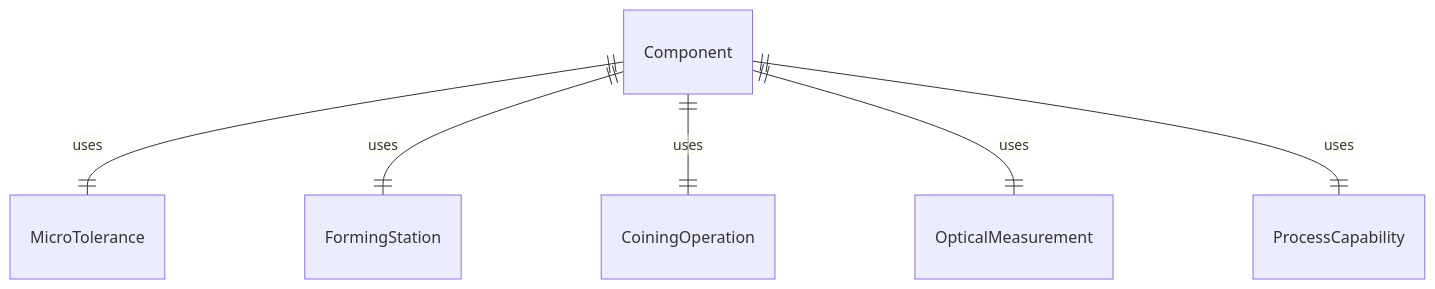
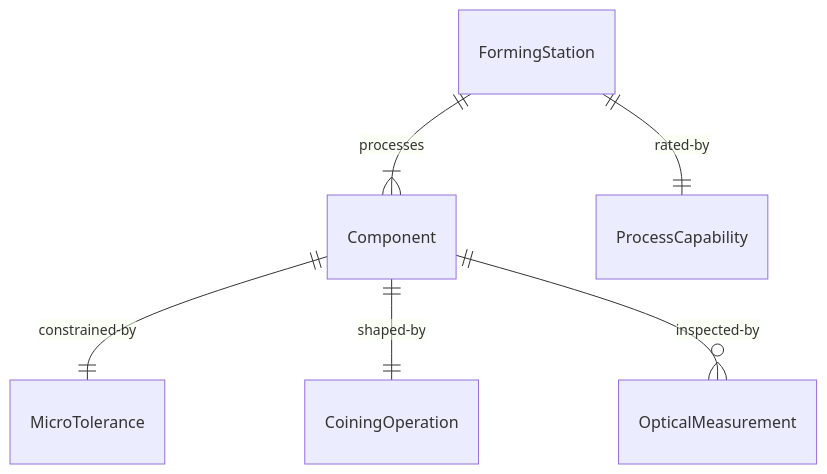
One commit to dot-org-ai/tasks.org.ai changed the first of 4 diagrams in HandlingAndMovingObjects/ShapeMaterialsToCreateProducts/ReshapeSmallMetalComponentsPrecision.mdx. Above: the diagram before and after it, drawn with Mermaid. The commit also changed other lines of this file and 515 other files, not shown here.

````diff
--- a/HandlingAndMovingObjects/ShapeMaterialsToCreateProducts/ReshapeSmallMetalComponentsPrecision.mdx
+++ b/HandlingAndMovingObjects/ShapeMaterialsToCreateProducts/ReshapeSmallMetalComponentsPrecision.mdx
@@ -88,8 +88,8 @@
 ```mermaid
 erDiagram
-    Component ||--|| MicroTolerance : "uses"
-    Component ||--|| FormingStation : "uses"
-    Component ||--|| CoiningOperation : "uses"
-    Component ||--|| OpticalMeasurement : "uses"
-    Component ||--|| ProcessCapability : "uses"
+    Component ||--|| MicroTolerance : "constrained-by"
+    FormingStation ||--|{ Component : "processes"
+    Component ||--|| CoiningOperation : "shaped-by"
+    Component ||--o{ OpticalMeasurement : "inspected-by"
+    FormingStation ||--|| ProcessCapability : "rated-by"
 ```
````
